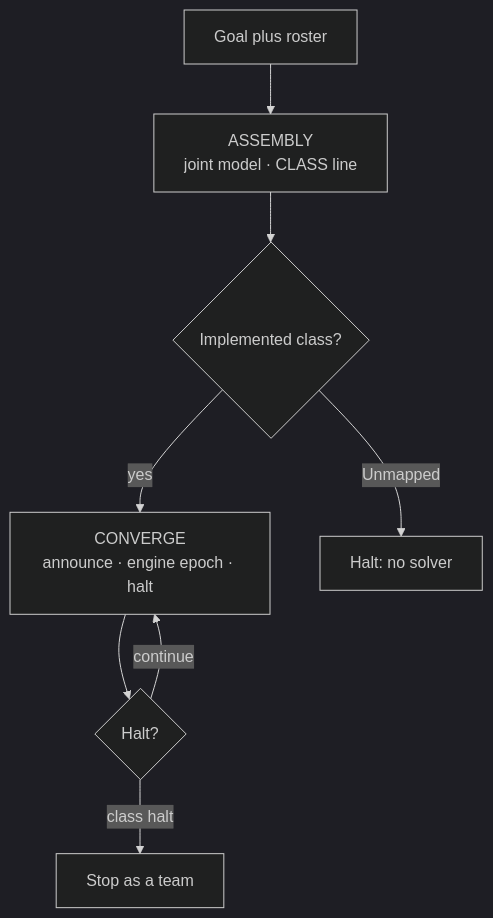
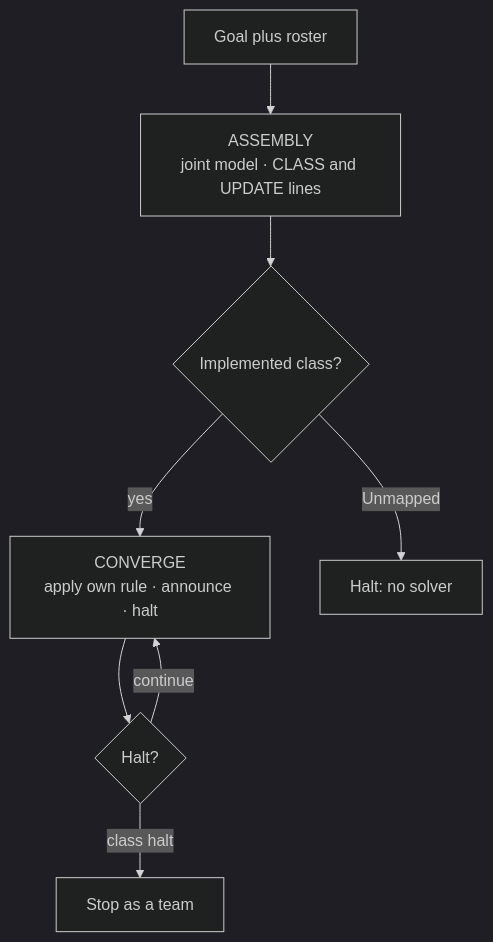
One commit to agntcy/shadi changed the diagram in docs/content/assembly-converge.md. Above: the diagram before and after it, drawn with Mermaid (dark theme). The commit also changed other lines of this file and 13 other files, not shown here.

First line of the commit message:
feat(mas)!: agents derive the update rule in ASSEMBLY and apply it themselves in CONVERGE (#412)

````diff
--- a/docs/content/assembly-converge.md
+++ b/docs/content/assembly-converge.md
@@ -43,10 +44,10 @@
 ```mermaid
 flowchart TD
-  start[Goal plus roster] --> assembly["ASSEMBLY\njoint model · CLASS line"]
+  start[Goal plus roster] --> assembly["ASSEMBLY\njoint model · CLASS and UPDATE lines"]
   assembly --> mapped{Implemented class?}
-  mapped -->|yes| converge["CONVERGE\nannounce · engine epoch · halt"]
+  mapped -->|yes| converge["CONVERGE\napply own rule · announce · halt"]
   mapped -->|Unmapped| stopUnmapped[Halt: no solver]
   converge --> halt{Halt?}
   halt -->|continue| converge
   halt -->|class halt| done[Stop as a team]
 ```
````
